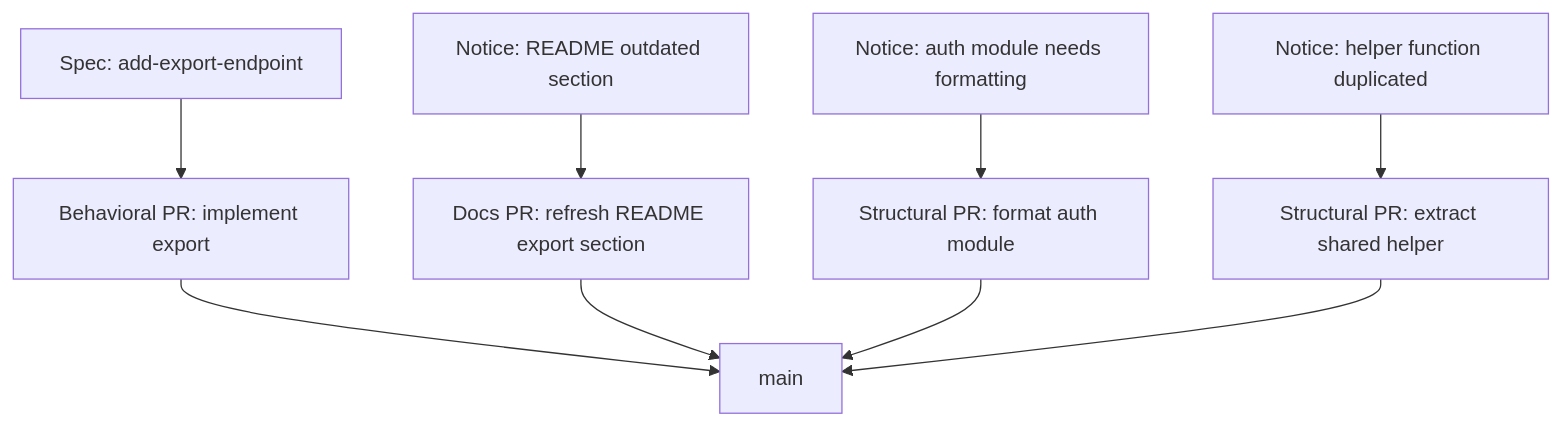
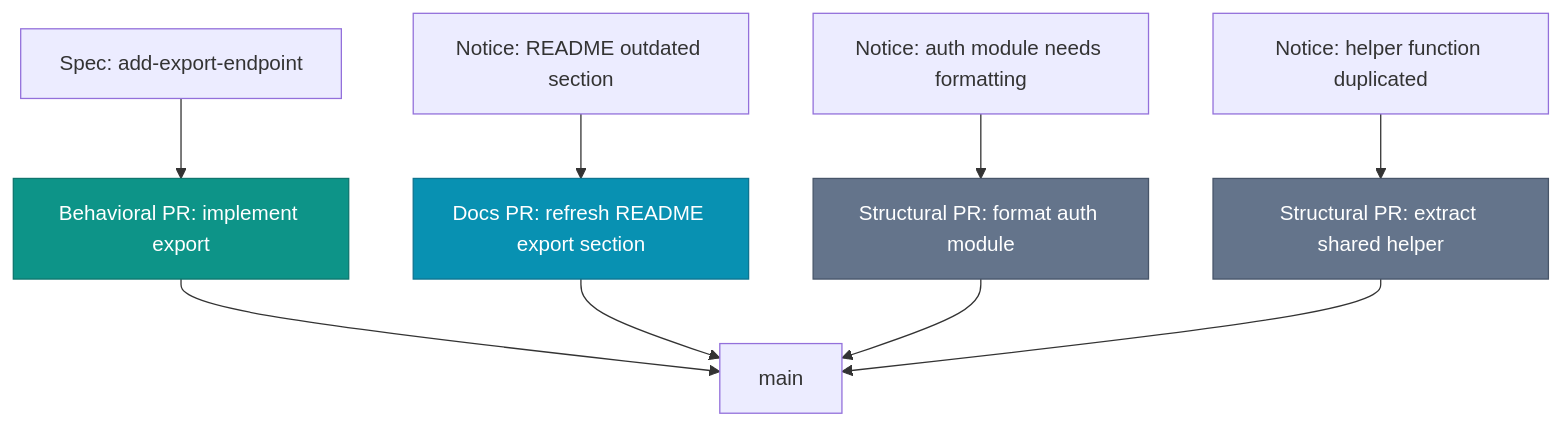
Before and after one commit to intent-engineering-for-coding-agents/book: the diagram in content/quality/pr-taxonomy.md, drawn with Mermaid. The commit also changed other lines of this file and 3 other files, not shown here.

First line of the commit message:
Tighten PR Taxonomy prose and unify Mermaid diagram styling

````diff
--- a/content/quality/pr-taxonomy.md
+++ b/content/quality/pr-taxonomy.md
@@ -43,8 +41,12 @@
 ```mermaid
 graph TD
-  A[Spec: add-export-endpoint] --> B[Behavioral PR: implement export]
-  C[Notice: README outdated section] --> D[Docs PR: refresh README export section]
-  E[Notice: auth module needs formatting] --> F[Structural PR: format auth module]
-  G[Notice: helper function duplicated] --> H[Structural PR: extract shared helper]
-  B & D & F & H --> I[main]
+    classDef behavioral fill:#0d9488,stroke:#0f766e,color:#fff
+    classDef docs fill:#0891b2,stroke:#0e7490,color:#fff
+    classDef structural fill:#64748b,stroke:#475569,color:#fff
+
+    A[Spec: add-export-endpoint] --> B[Behavioral PR: implement export]:::behavioral
+    C[Notice: README outdated section] --> D[Docs PR: refresh README export section]:::docs
+    E[Notice: auth module needs formatting] --> F[Structural PR: format auth module]:::structural
+    G[Notice: helper function duplicated] --> H[Structural PR: extract shared helper]:::structural
+    B & D & F & H --> I[main]
 ```
````
